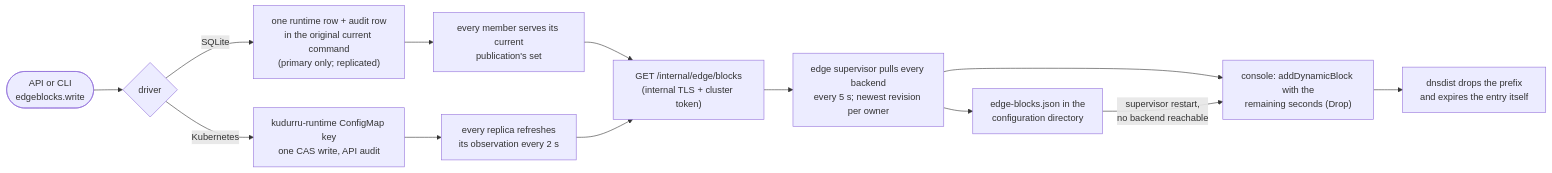
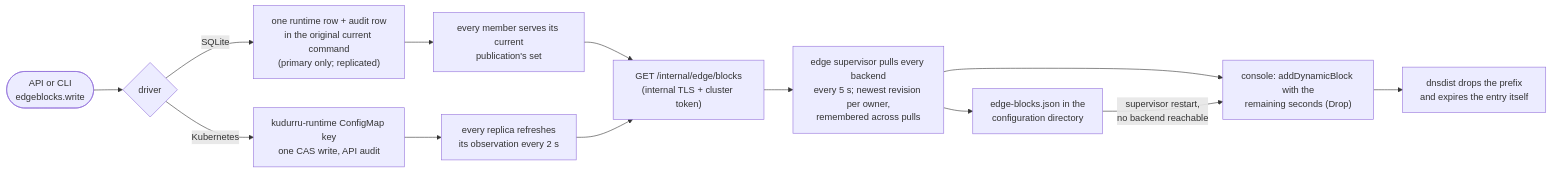
Before and after one commit to robertherbaugh/kudurru: the second of 5 diagrams in docs/architecture/deployment.md, drawn with Mermaid. The commit also changed other lines of this file and 3 other files, not shown here.

First line of the commit message:
fix(edge): remember each owner's edge block revision across pulls

````diff
--- a/docs/architecture/deployment.md
+++ b/docs/architecture/deployment.md
@@ -316,15 +316,15 @@
 ```mermaid
 flowchart LR
     OP(["API or CLI<br/>edgeblocks.write"]) --> CMD{"driver"}
     CMD -- "SQLite" --> ROW["one runtime row + audit row<br/>in the original current command<br/>(primary only; replicated)"]
     CMD -- "Kubernetes" --> CM["kudurru-runtime ConfigMap key<br/>one CAS write, API audit"]
     ROW --> PUB["every member serves its current<br/>publication's set"]
     CM --> OBS["every replica refreshes<br/>its observation every 2 s"]
     PUB --> INT["GET /internal/edge/blocks<br/>(internal TLS + cluster token)"]
     OBS --> INT
-    INT --> SUP["edge supervisor pulls every backend<br/>every 5 s; newest revision per owner"]
+    INT --> SUP["edge supervisor pulls every backend<br/>every 5 s; newest revision per owner,<br/>remembered across pulls"]
     SUP --> FILE["edge-blocks.json in the<br/>configuration directory"]
     SUP --> CON["console: addDynamicBlock with the<br/>remaining seconds (Drop)"]
     FILE -- "supervisor restart,<br/>no backend reachable" --> CON
     CON --> DD["dnsdist drops the prefix<br/>and expires the entry itself"]
 ```
````
